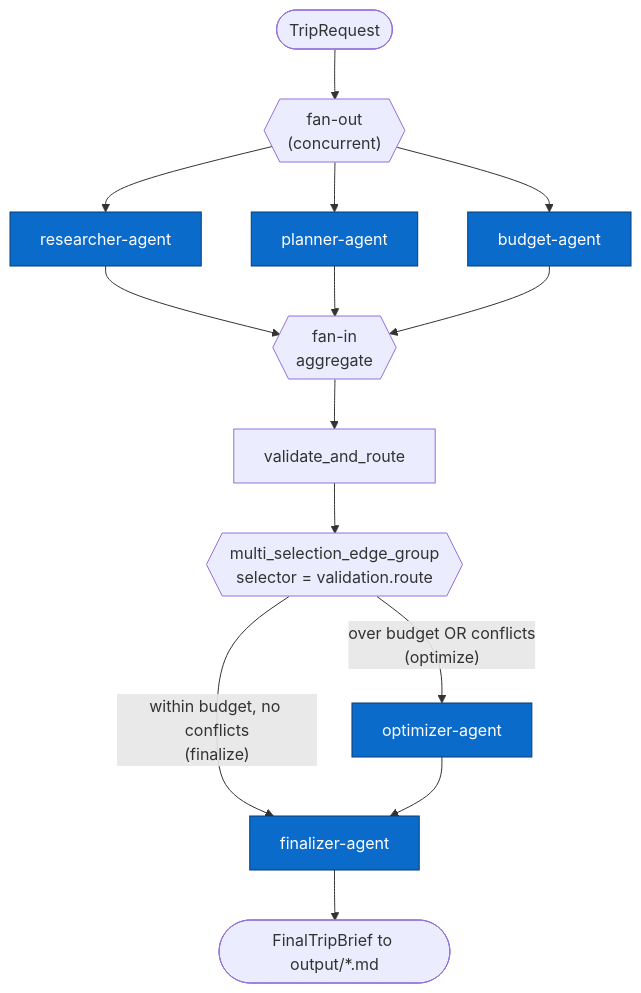
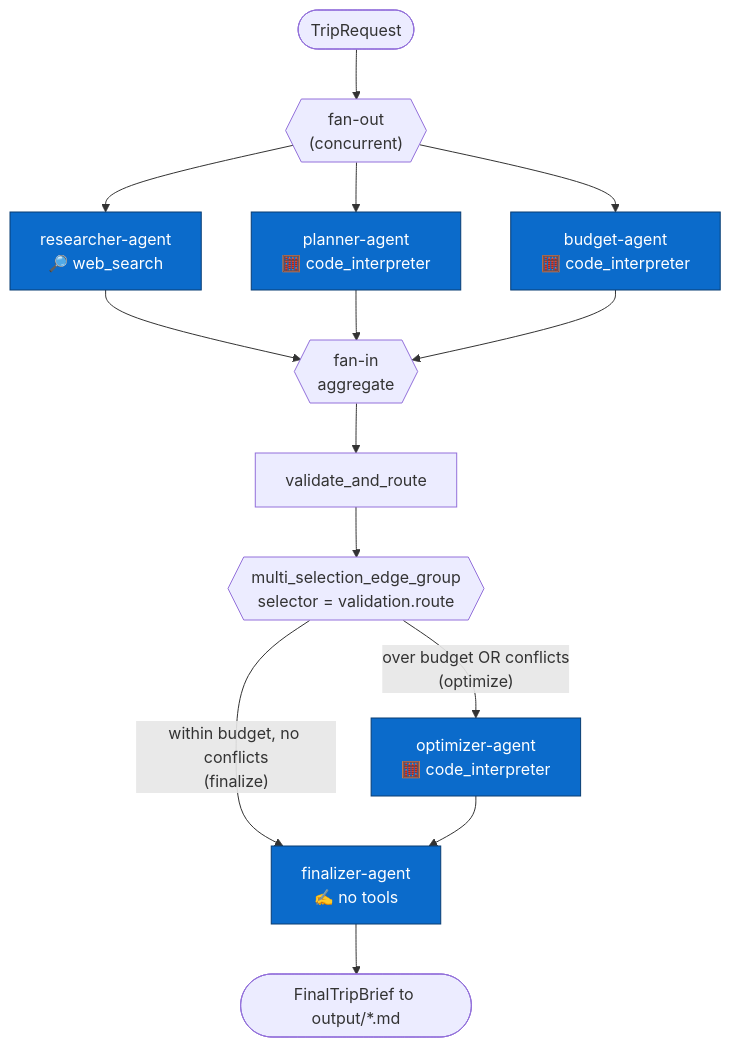
One commit to hkaanturgut/beyond-single-agent changed the first of 2 diagrams in docs/architecture.md. Above: the diagram before and after it, drawn with Mermaid. The commit also changed other lines of this file and 12 other files, not shown here.

First line of the commit message:
Attach hosted tools to each Foundry agent

````diff
--- a/docs/architecture.md
+++ b/docs/architecture.md
@@ -26,24 +26,24 @@
 ```mermaid
 flowchart TD
     START([TripRequest]) --> FANOUT{{"fan-out<br/>(concurrent)"}}
 
-    FANOUT --> R[researcher-agent]
-    FANOUT --> P[planner-agent]
-    FANOUT --> B[budget-agent]
+    FANOUT --> R["researcher-agent<br/>🔎 web_search"]
+    FANOUT --> P["planner-agent<br/>🧮 code_interpreter"]
+    FANOUT --> B["budget-agent<br/>🧮 code_interpreter"]
 
     R --> AGG{{"fan-in<br/>aggregate"}}
     P --> AGG
     B --> AGG
 
     AGG --> VR[validate_and_route]
     VR --> ROUTE{{"multi_selection_edge_group<br/>selector = validation.route"}}
 
-    ROUTE -- "over budget OR conflicts<br/>(optimize)" --> OPT[optimizer-agent]
-    ROUTE -- "within budget, no conflicts<br/>(finalize)" --> FIN[finalizer-agent]
+    ROUTE -- "over budget OR conflicts<br/>(optimize)" --> OPT["optimizer-agent<br/>🧮 code_interpreter"]
+    ROUTE -- "within budget, no conflicts<br/>(finalize)" --> FIN["finalizer-agent<br/>✍️ no tools"]
     OPT --> FIN
 
     FIN --> OUT([FinalTripBrief to output/*.md])
 
     classDef agent fill:#0b6bcb,stroke:#083d73,color:#fff;
     class R,P,B,OPT,FIN agent;
 ```
````
